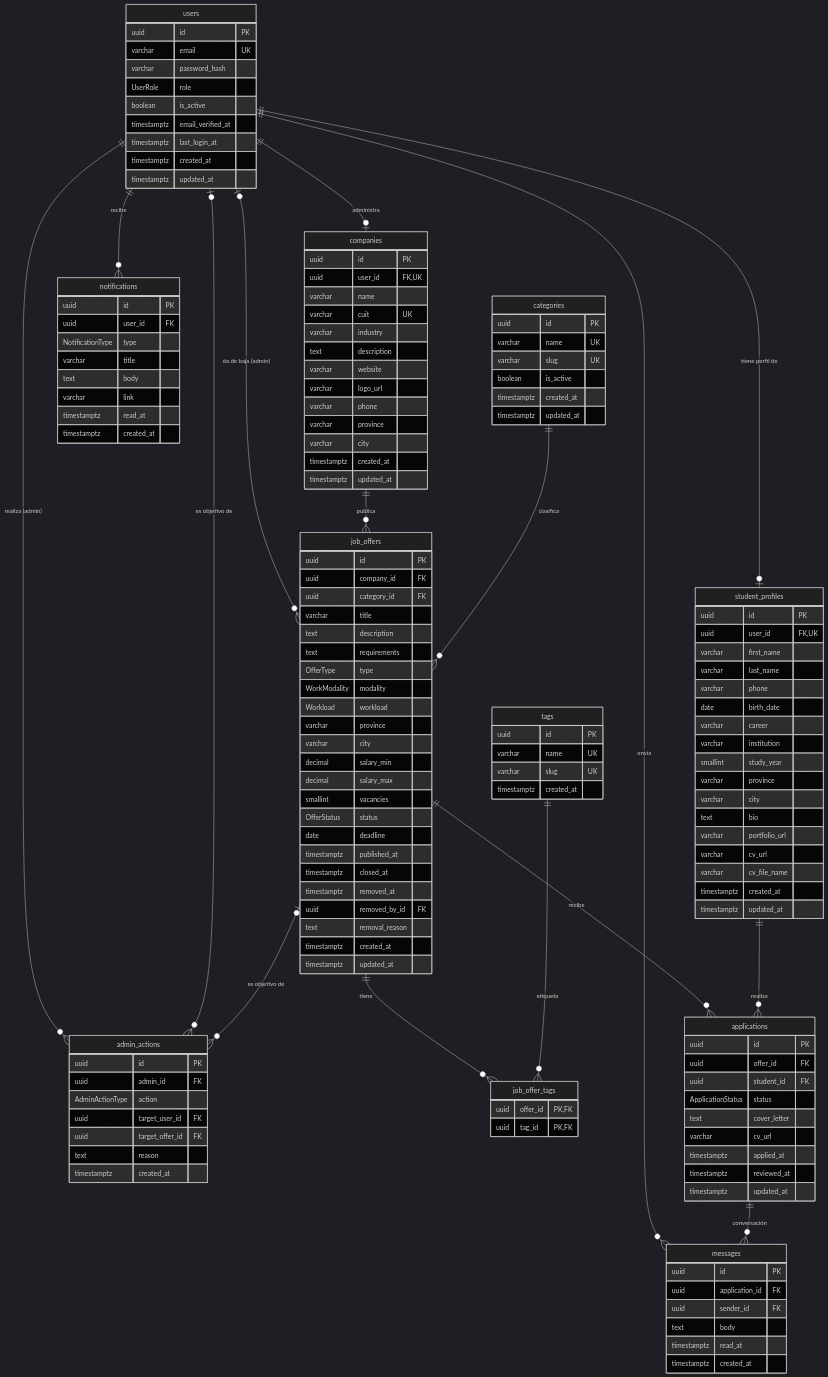
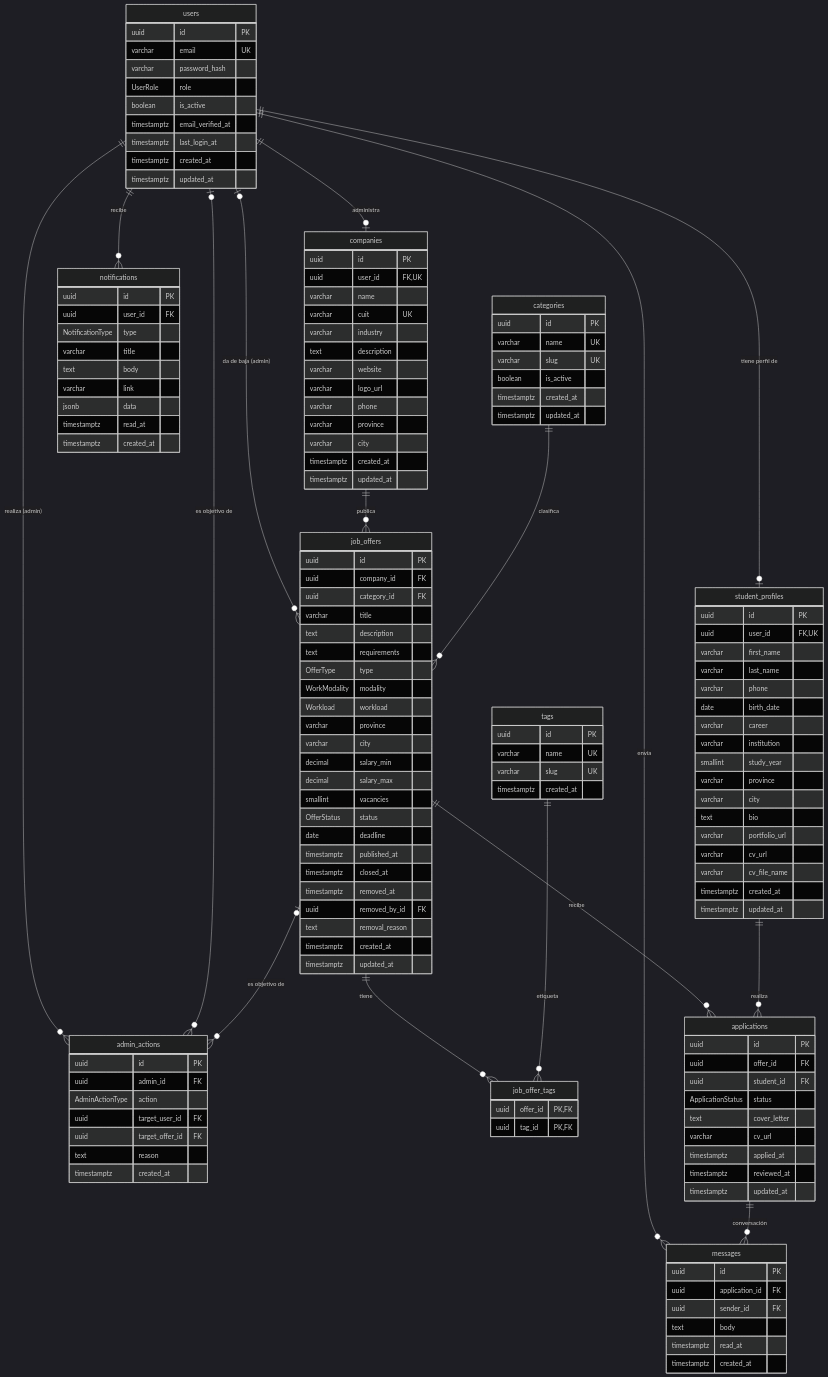
Before and after one commit to treynoso-codetria/proyecto-final-tupad-pasantias: the diagram in docs/database/modelo-de-datos.md, drawn with Mermaid (dark theme). The commit also changed other lines of this file and 24 other files, not shown here.

```diff
--- a/docs/database/modelo-de-datos.md
+++ b/docs/database/modelo-de-datos.md
@@ -153,6 +153,7 @@
         varchar title
         text body
         varchar link
+        jsonb data
         timestamptz read_at
         timestamptz created_at
     }
```
